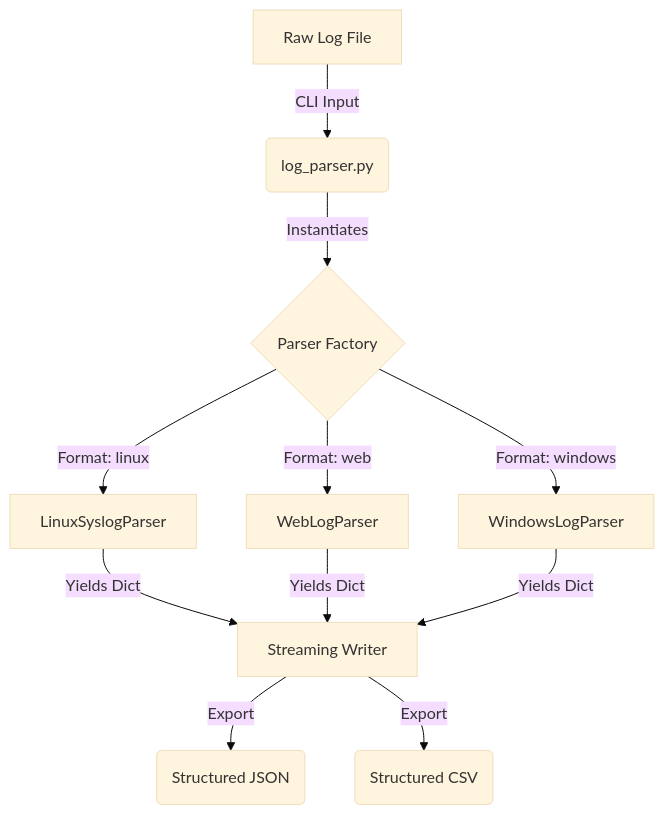
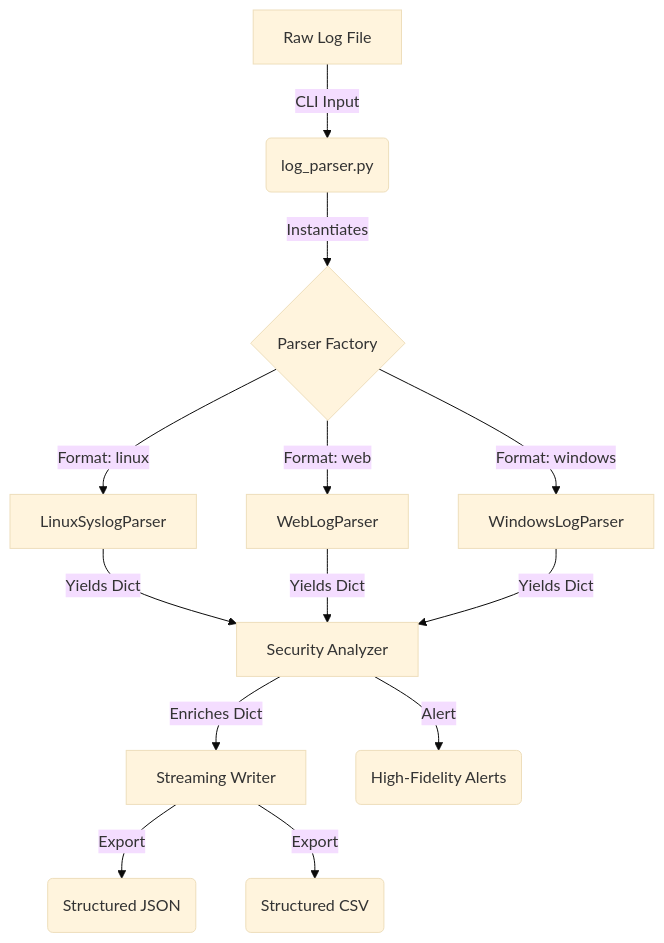
One commit to LiamCarPer/log-parser-toolkit changed the diagram in README.md. Above: the diagram before and after it, drawn with Mermaid (base theme). The commit also changed other lines of this file and 7 other files, not shown here.

````diff
--- a/README.md
+++ b/README.md
@@ -28,13 +28,15 @@
 ```mermaid
 graph TD
     A[Raw Log File] -->|CLI Input| B(log_parser.py)
     B -->|Instantiates| C{Parser Factory}
     C -->|Format: linux| D[LinuxSyslogParser]
     C -->|Format: web| E[WebLogParser]
     C -->|Format: windows| F[WindowsLogParser]
-    D -->|Yields Dict| G[Streaming Writer]
+    D -->|Yields Dict| G[Security Analyzer]
     E -->|Yields Dict| G
     F -->|Yields Dict| G
-    G -->|Export| H(Structured JSON)
-    G -->|Export| I(Structured CSV)
+    G -->|Enriches Dict| H[Streaming Writer]
+    H -->|Export| I(Structured JSON)
+    H -->|Export| J(Structured CSV)
+    G -->|Alert| K(High-Fidelity Alerts)
 ```
````
